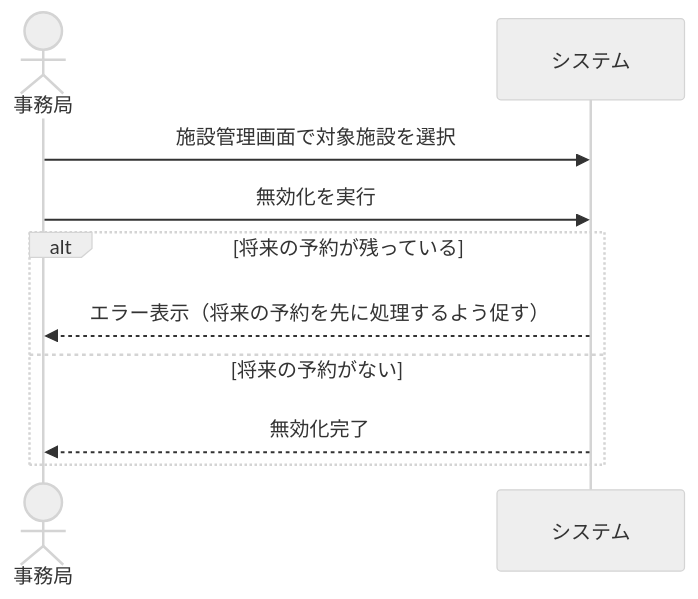
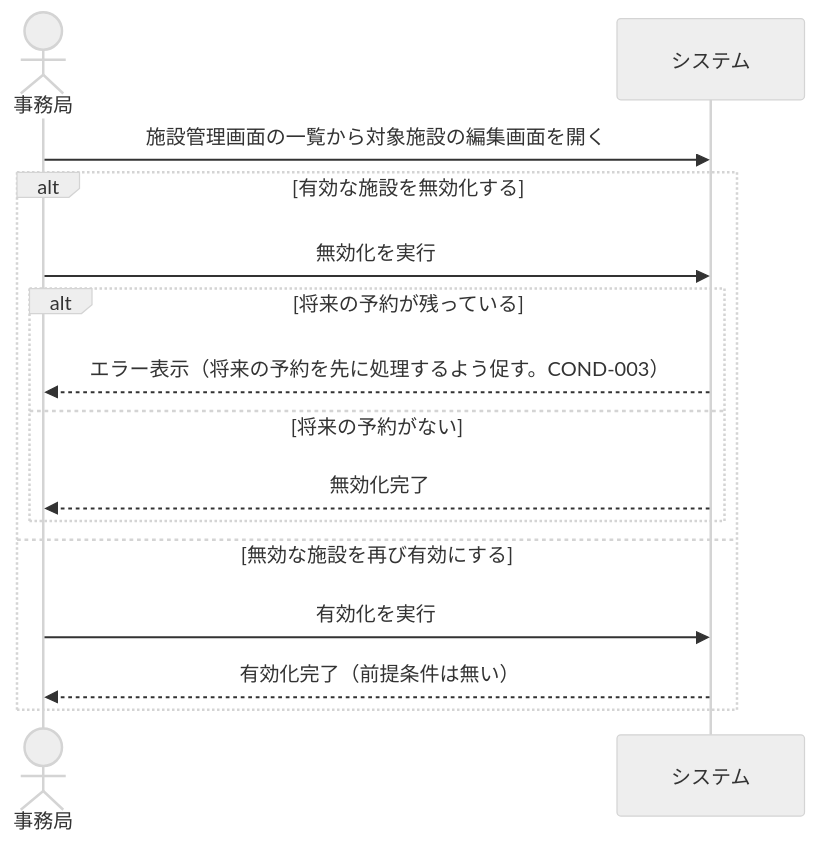
Before and after one commit to gdsc-osaka/iclub-reserve: the second of 2 diagrams in rdra/contexts/facility-management.md, drawn with Mermaid (neutral theme). The commit also changed other lines of this file and 12 other files, not shown here.

````diff
--- a/rdra/contexts/facility-management.md
+++ b/rdra/contexts/facility-management.md
@@ -110,13 +110,18 @@
 ```mermaid
 sequenceDiagram
     actor 事務局
     participant システム
 
-    事務局->>システム: 施設管理画面で対象施設を選択
-    事務局->>システム: 無効化を実行
-    alt 将来の予約が残っている
-        システム-->>事務局: エラー表示（将来の予約を先に処理するよう促す）
-    else 将来の予約がない
-        システム-->>事務局: 無効化完了
+    事務局->>システム: 施設管理画面の一覧から対象施設の編集画面を開く
+    alt 有効な施設を無効化する
+        事務局->>システム: 無効化を実行
+        alt 将来の予約が残っている
+            システム-->>事務局: エラー表示（将来の予約を先に処理するよう促す。COND-003）
+        else 将来の予約がない
+            システム-->>事務局: 無効化完了
+        end
+    else 無効な施設を再び有効にする
+        事務局->>システム: 有効化を実行
+        システム-->>事務局: 有効化完了（前提条件は無い）
     end
 ```
````
